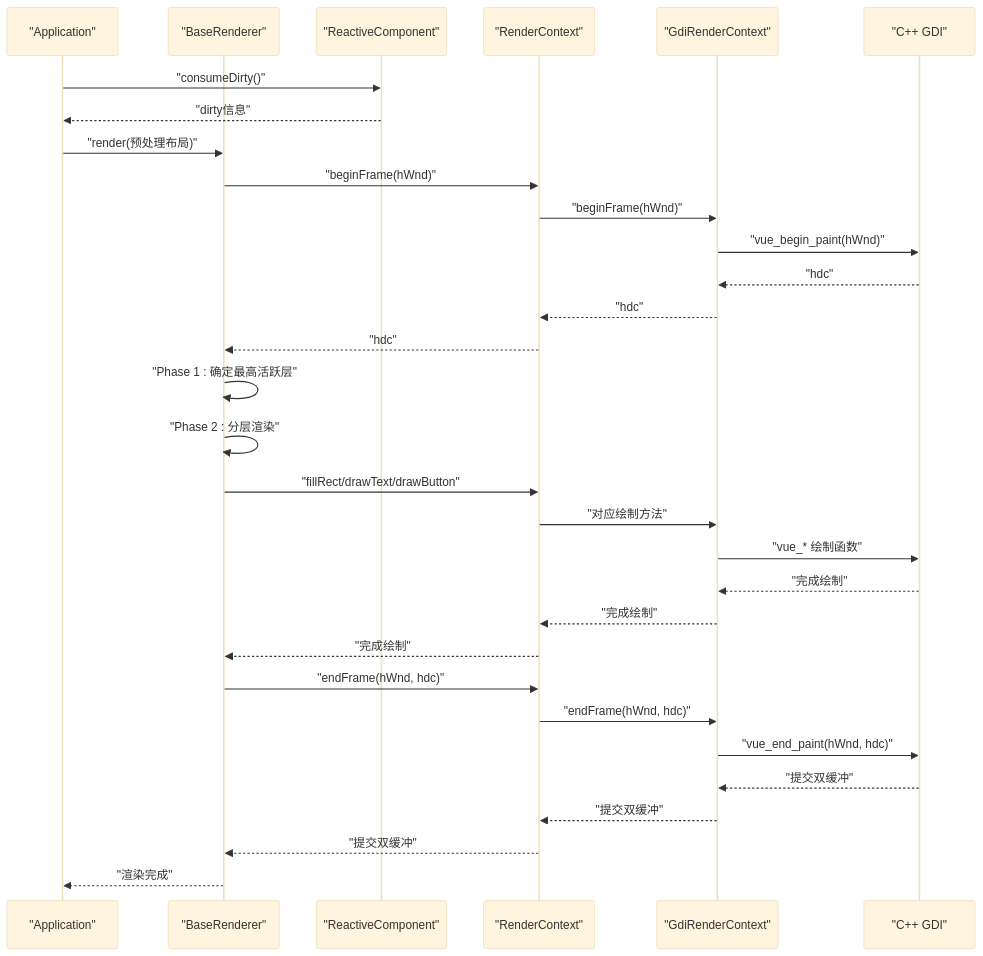
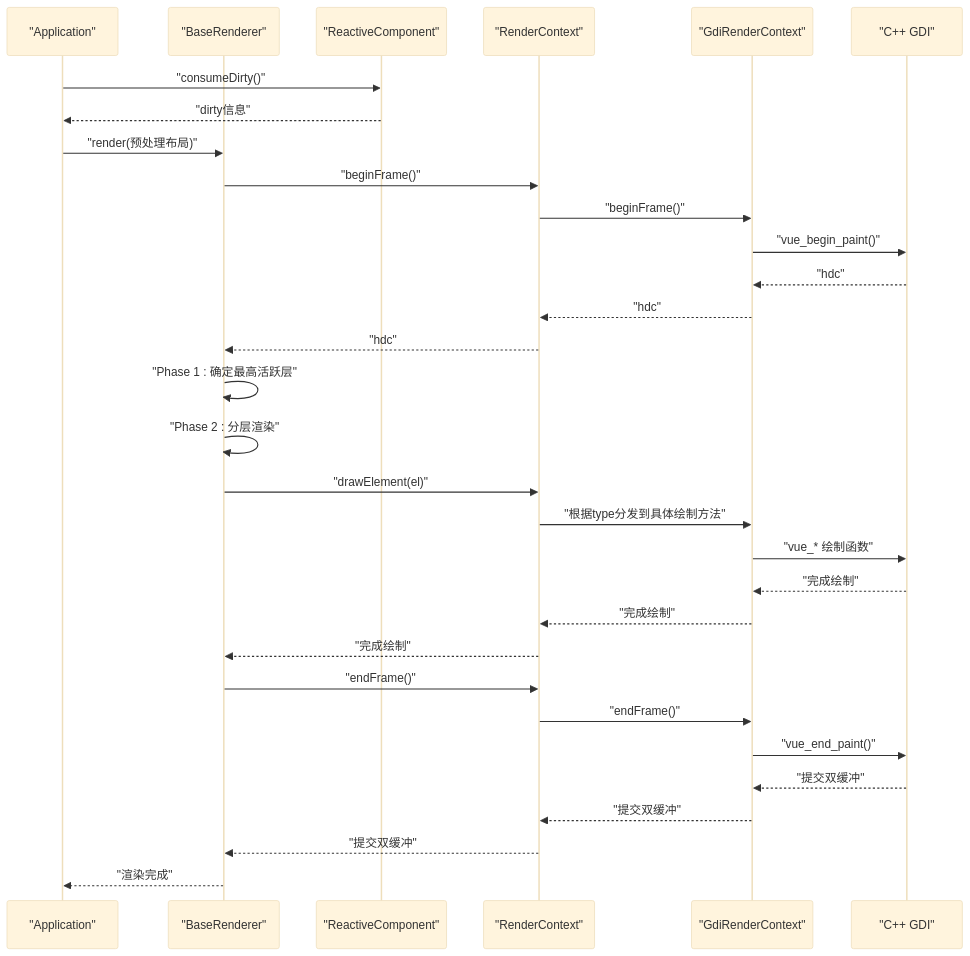
The second of 7 diagrams in .qoder/repowiki/zh/content/渲染系统实现/渲染器架构设计.md (xingye00186/PUI), drawn with Mermaid (base theme) before and after one commit. The commit also changed other lines of this file and 10 other files, not shown here.

````diff
--- a/.qoder/repowiki/zh/content/渲染系统实现/渲染器架构设计.md
+++ b/.qoder/repowiki/zh/content/渲染系统实现/渲染器架构设计.md
@@ -124,33 +116,33 @@
 ```mermaid
 sequenceDiagram
 participant App as "Application"
 participant Renderer as "BaseRenderer"
 participant Comp as "ReactiveComponent"
 participant Ctx as "RenderContext"
 participant GDI as "GdiRenderContext"
 participant Cpp as "C++ GDI"
 App->>Comp : "consumeDirty()"
 Comp-->>App : "dirty信息"
 App->>Renderer : "render(预处理布局)"
-Renderer->>Ctx : "beginFrame(hWnd)"
-Ctx->>GDI : "beginFrame(hWnd)"
-GDI->>Cpp : "vue_begin_paint(hWnd)"
+Renderer->>Ctx : "beginFrame()"
+Ctx->>GDI : "beginFrame()"
+GDI->>Cpp : "vue_begin_paint()"
 Cpp-->>GDI : "hdc"
 GDI-->>Ctx : "hdc"
 Ctx-->>Renderer : "hdc"
 Renderer->>Renderer : "Phase 1 : 确定最高活跃层"
 Renderer->>Renderer : "Phase 2 : 分层渲染"
-Renderer->>Ctx : "fillRect/drawText/drawButton"
-Ctx->>GDI : "对应绘制方法"
+Renderer->>Ctx : "drawElement(el)"
+Ctx->>GDI : "根据type分发到具体绘制方法"
 GDI->>Cpp : "vue_* 绘制函数"
 Cpp-->>GDI : "完成绘制"
 GDI-->>Ctx : "完成绘制"
 Ctx-->>Renderer : "完成绘制"
-Renderer->>Ctx : "endFrame(hWnd, hdc)"
-Ctx->>GDI : "endFrame(hWnd, hdc)"
-GDI->>Cpp : "vue_end_paint(hWnd, hdc)"
+Renderer->>Ctx : "endFrame()"
+Ctx->>GDI : "endFrame()"
+GDI->>Cpp : "vue_end_paint()"
 Cpp-->>GDI : "提交双缓冲"
 GDI-->>Ctx : "提交双缓冲"
 Ctx-->>Renderer : "提交双缓冲"
 Renderer-->>App : "渲染完成"
 ```
````
